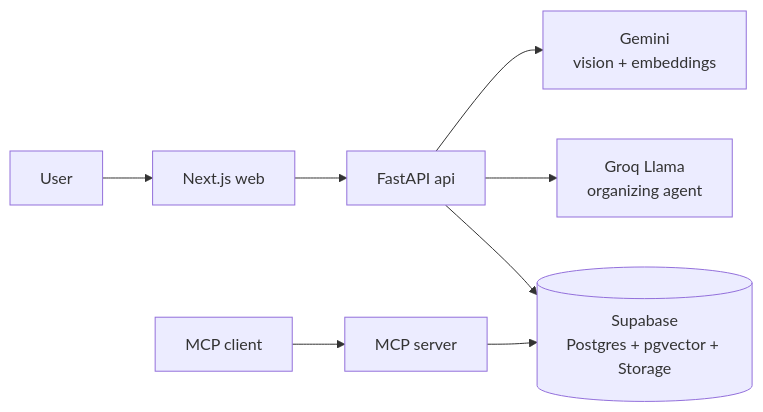
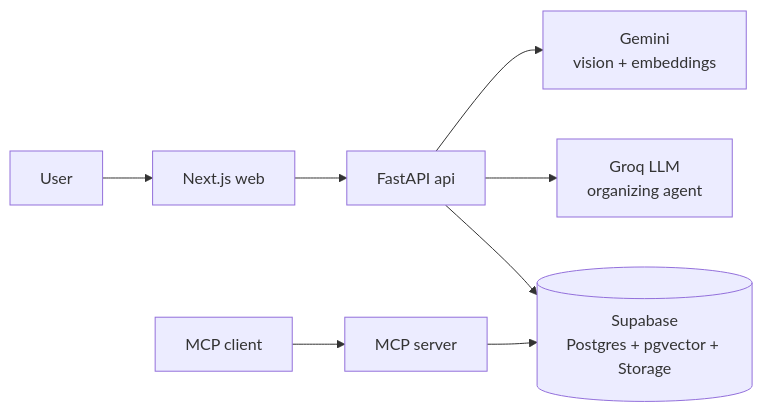
One commit to amitk-codes/ai-asset-organizer changed the diagram in ARCHITECTURE.md. Above: the diagram before and after it, drawn with Mermaid. The commit also changed other lines of this file and 10 other files, not shown here.

Commit message:
feat: update environment variables, enhance architecture documentation, and improve asset upload handling

````diff
--- a/ARCHITECTURE.md
+++ b/ARCHITECTURE.md
@@ -8,10 +8,10 @@
 ```mermaid
 flowchart LR
   U[User] --> W[Next.js web]
   W --> A[FastAPI api]
   A --> G[Gemini<br/>vision + embeddings]
-  A --> Q[Groq Llama<br/>organizing agent]
+  A --> Q[Groq LLM<br/>organizing agent]
   A --> S[(Supabase<br/>Postgres + pgvector + Storage)]
   C[MCP client] --> MCP[MCP server]
   MCP --> S
 ```
````
